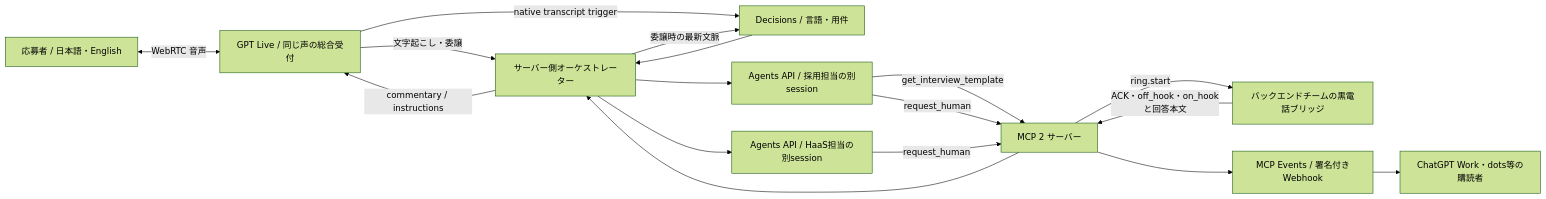
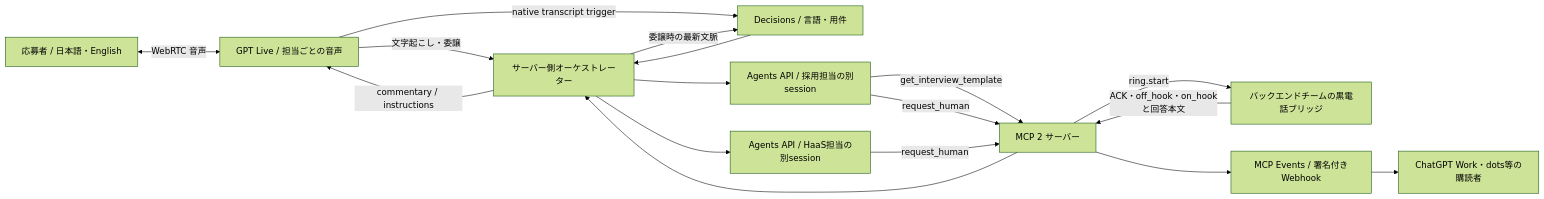
One commit to pupuchan1/future-company changed the diagram in integration/README.md. Above: the diagram before and after it, drawn with Mermaid (forest theme). The commit also changed other lines of this file and 12 other files, not shown here.

````diff
--- a/integration/README.md
+++ b/integration/README.md
@@ -24,19 +24,19 @@
 ```mermaid
 flowchart LR
-    U[応募者 / 日本語・English] <-->|WebRTC 音声| L[GPT Live / 同じ声の総合受付]
+    U[応募者 / 日本語・English] <-->|WebRTC 音声| L[GPT Live / 担当ごとの音声]
     L -->|文字起こし・委譲| B[サーバー側オーケストレーター]
     L -->|native transcript trigger| D[Decisions / 言語・用件]
     B -->|委譲時の最新文脈| D
     D --> B
     B --> A[Agents API / 採用担当の別session]
     B --> HA[Agents API / HaaS担当の別session]
     A -->|get_interview_template| M[MCP 2 サーバー]
     A -->|request_human| M
     HA -->|request_human| M
     M -->|ring.start| H[バックエンドチームの黒電話ブリッジ]
     H -->|ACK・off_hook・on_hookと回答本文| M
     M --> B
     B -->|commentary / instructions| L
     M --> E[MCP Events / 署名付きWebhook]
     E --> W[ChatGPT Work・dots等の購読者]
 ```
````
